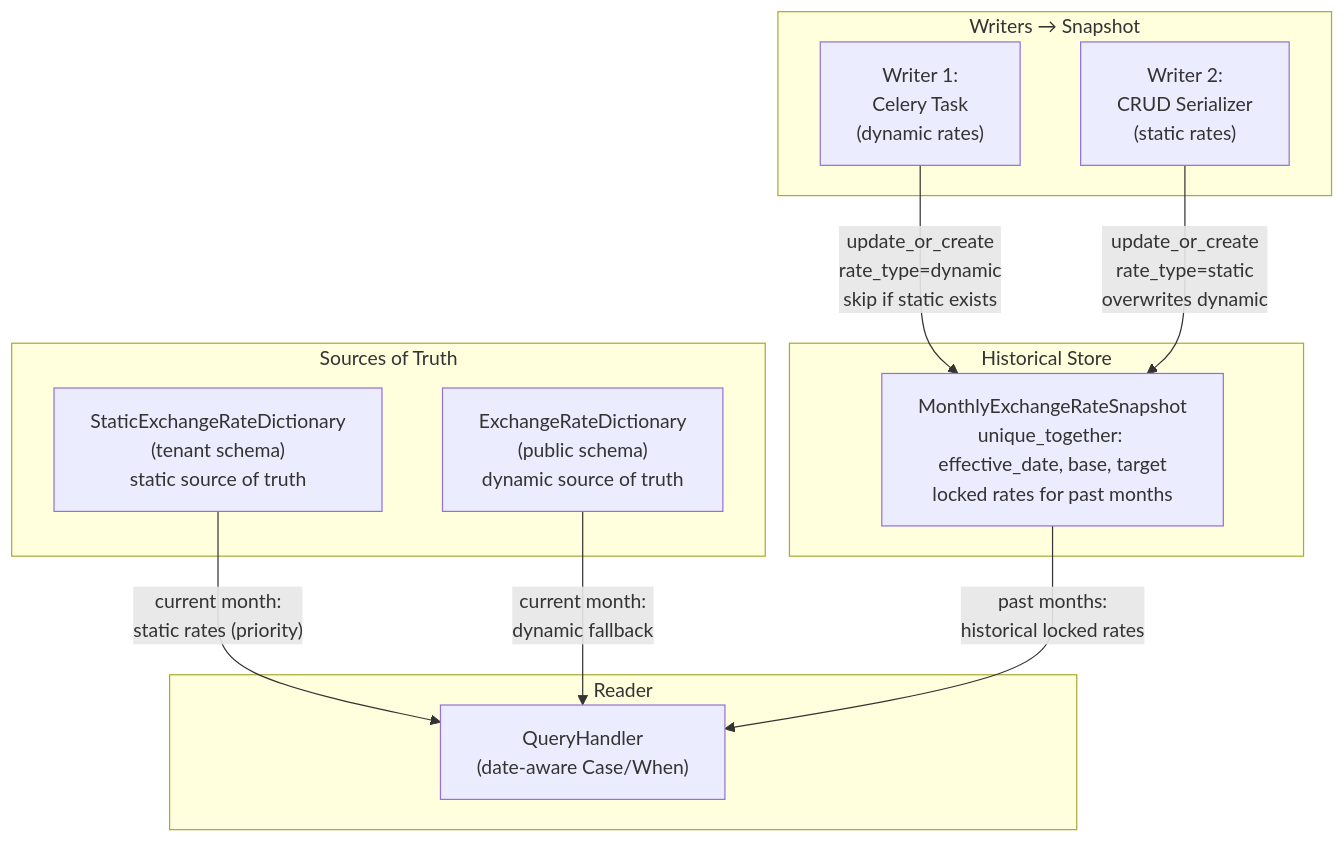
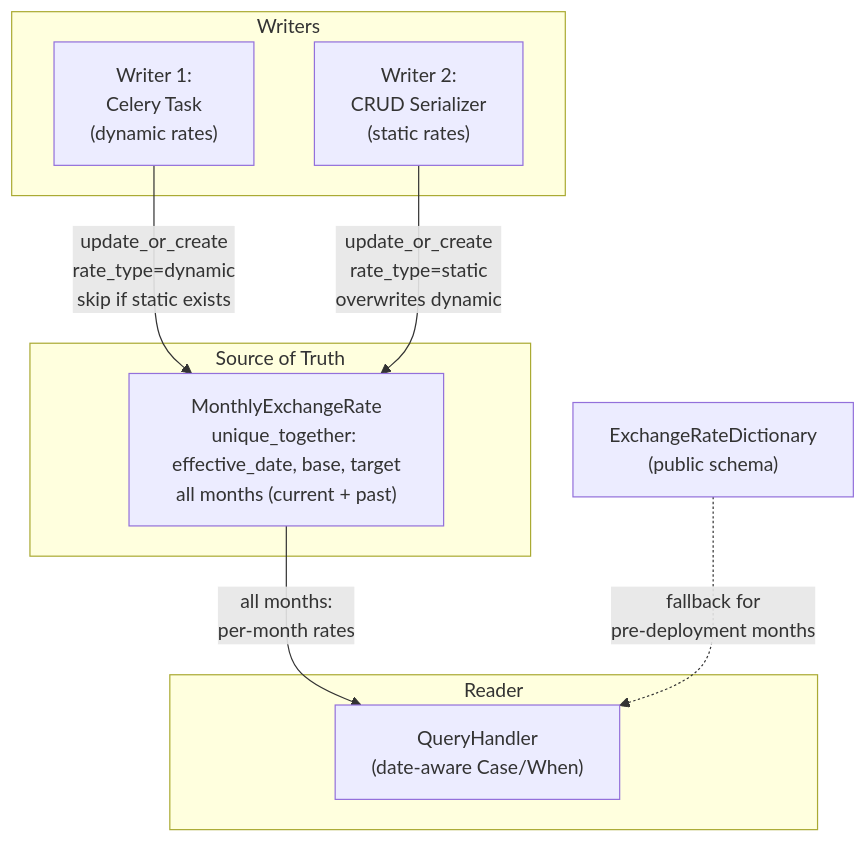
Before and after one commit to project-koku/koku: the second of 2 diagrams in docs/architecture/constant-currency/pipeline-changes.md, drawn with Mermaid. The commit also changed other lines of this file and 4 other files, not shown here.

First line of the commit message:
COST-7252: Promote MonthlyExchangeRate to single source of truth

````diff
--- a/docs/architecture/constant-currency/pipeline-changes.md
+++ b/docs/architecture/constant-currency/pipeline-changes.md
@@ -92,22 +92,17 @@
 ```mermaid
 graph TD
-    subgraph "Sources of Truth"
-        SERD["StaticExchangeRateDictionary<br/>(tenant schema)<br/>static source of truth"]
-        ERD["ExchangeRateDictionary<br/>(public schema)<br/>dynamic source of truth"]
-    end
-    subgraph "Writers → Snapshot"
+    subgraph "Writers"
         W1["Writer 1:<br/>Celery Task<br/>(dynamic rates)"]
         W2["Writer 2:<br/>CRUD Serializer<br/>(static rates)"]
     end
-    subgraph "Historical Store"
-        SNAP["MonthlyExchangeRateSnapshot<br/>unique_together: effective_date, base, target<br/>locked rates for past months"]
+    subgraph "Source of Truth"
+        MER["MonthlyExchangeRate<br/>unique_together: effective_date, base, target<br/>all months (current + past)"]
     end
     subgraph "Reader"
         QH["QueryHandler<br/>(date-aware Case/When)"]
     end
-    W1 -->|"update_or_create<br/>rate_type=dynamic<br/>skip if static exists"| SNAP
-    W2 -->|"update_or_create<br/>rate_type=static<br/>overwrites dynamic"| SNAP
-    SERD -->|"current month:<br/>static rates (priority)"| QH
-    ERD -->|"current month:<br/>dynamic fallback"| QH
-    SNAP -->|"past months:<br/>historical locked rates"| QH
+    W1 -->|"update_or_create<br/>rate_type=dynamic<br/>skip if static exists"| MER
+    W2 -->|"update_or_create<br/>rate_type=static<br/>overwrites dynamic"| MER
+    MER -->|"all months:<br/>per-month rates"| QH
+    ERD["ExchangeRateDictionary<br/>(public schema)"] -.->|"fallback for<br/>pre-deployment months"| QH
 ```
````
